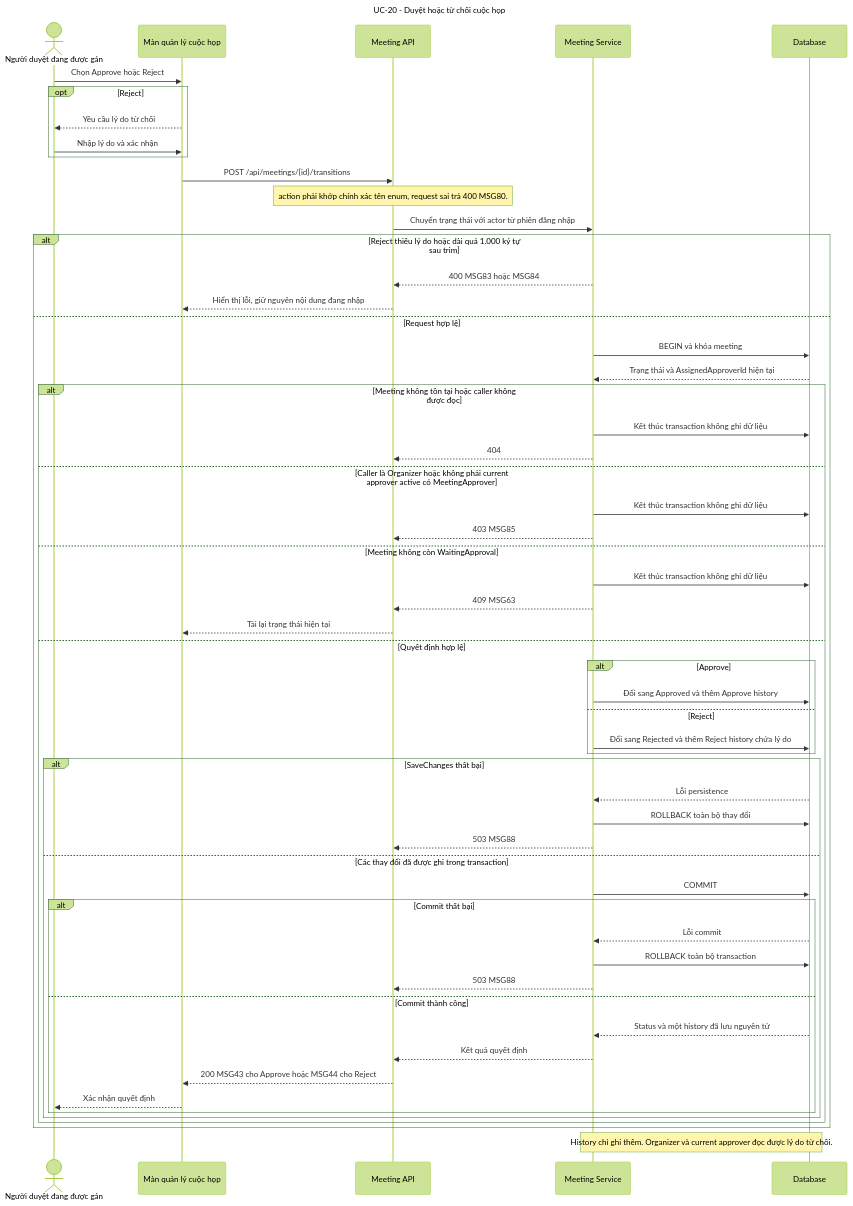
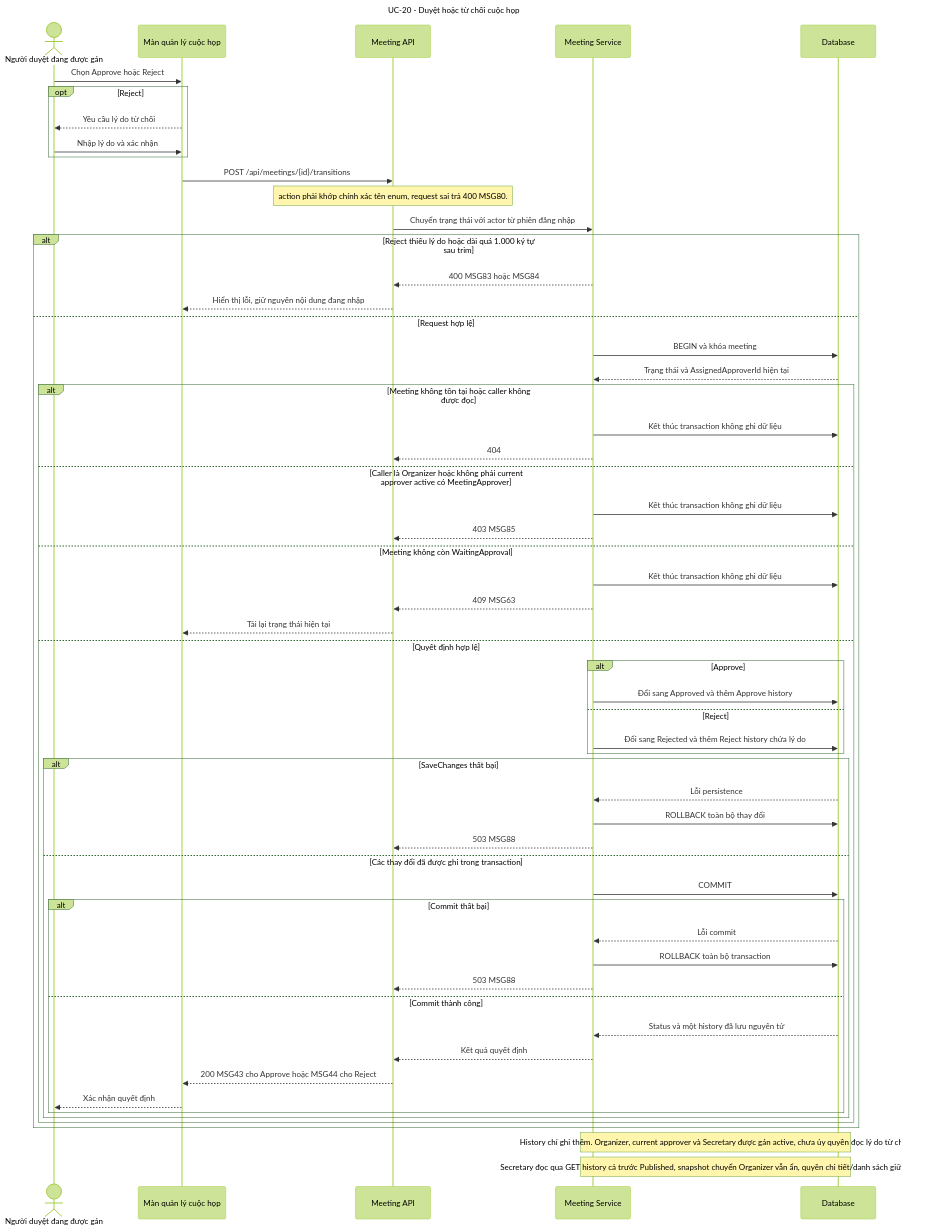
One commit to callmehai/FU-FA26-G116 changed the diagram in docs/assets/diagrams/meeting-management/ReviewMeetingApproval.mmd. Above: the diagram before and after it, drawn with Mermaid (forest theme). The commit also changed 40 other files, not shown here.

```diff
--- a/docs/assets/diagrams/meeting-management/ReviewMeetingApproval.mmd
+++ b/docs/assets/diagrams/meeting-management/ReviewMeetingApproval.mmd
@@ -1,60 +1,61 @@
 sequenceDiagram
     title UC-20 - Duyệt hoặc từ chối cuộc họp
     actor Approver as Người duyệt đang được gán
     participant Page as Màn quản lý cuộc họp
     participant API as Meeting API
     participant Service as Meeting Service
     participant DB as Database
 
     Approver->>Page: Chọn Approve hoặc Reject
     opt Reject
         Page-->>Approver: Yêu cầu lý do từ chối
         Approver->>Page: Nhập lý do và xác nhận
     end
     Page->>API: POST /api/meetings/{id}/transitions
     Note over API: action phải khớp chính xác tên enum, request sai trả 400 MSG80.
     API->>Service: Chuyển trạng thái với actor từ phiên đăng nhập
 
     alt Reject thiếu lý do hoặc dài quá 1.000 ký tự sau trim
         Service-->>API: 400 MSG83 hoặc MSG84
         API-->>Page: Hiển thị lỗi, giữ nguyên nội dung đang nhập
     else Request hợp lệ
         Service->>DB: BEGIN và khóa meeting
         DB-->>Service: Trạng thái và AssignedApproverId hiện tại
         alt Meeting không tồn tại hoặc caller không được đọc
             Service->>DB: Kết thúc transaction không ghi dữ liệu
             Service-->>API: 404
         else Caller là Organizer hoặc không phải current approver active có MeetingApprover
             Service->>DB: Kết thúc transaction không ghi dữ liệu
             Service-->>API: 403 MSG85
         else Meeting không còn WaitingApproval
             Service->>DB: Kết thúc transaction không ghi dữ liệu
             Service-->>API: 409 MSG63
             API-->>Page: Tải lại trạng thái hiện tại
         else Quyết định hợp lệ
             alt Approve
                 Service->>DB: Đổi sang Approved và thêm Approve history
             else Reject
                 Service->>DB: Đổi sang Rejected và thêm Reject history chứa lý do
             end
             alt SaveChanges thất bại
                 DB-->>Service: Lỗi persistence
                 Service->>DB: ROLLBACK toàn bộ thay đổi
                 Service-->>API: 503 MSG88
             else Các thay đổi đã được ghi trong transaction
                 Service->>DB: COMMIT
                 alt Commit thất bại
                     DB-->>Service: Lỗi commit
                     Service->>DB: ROLLBACK toàn bộ transaction
                     Service-->>API: 503 MSG88
                 else Commit thành công
                     DB-->>Service: Status và một history đã lưu nguyên tử
                     Service-->>API: Kết quả quyết định
                     API-->>Page: 200 MSG43 cho Approve hoặc MSG44 cho Reject
                     Page-->>Approver: Xác nhận quyết định
                 end
             end
         end
     end
 
-    Note over Service,DB: History chỉ ghi thêm. Organizer và current approver đọc được lý do từ chối.
+    Note over Service,DB: History chỉ ghi thêm. Organizer, current approver và Secretary được gán active, chưa ủy quyền đọc lý do từ chối.
+    Note over Service,DB: Secretary đọc qua GET history cả trước Published, snapshot chuyển Organizer vẫn ẩn, quyền chi tiết/danh sách giữ nguyên.
```
